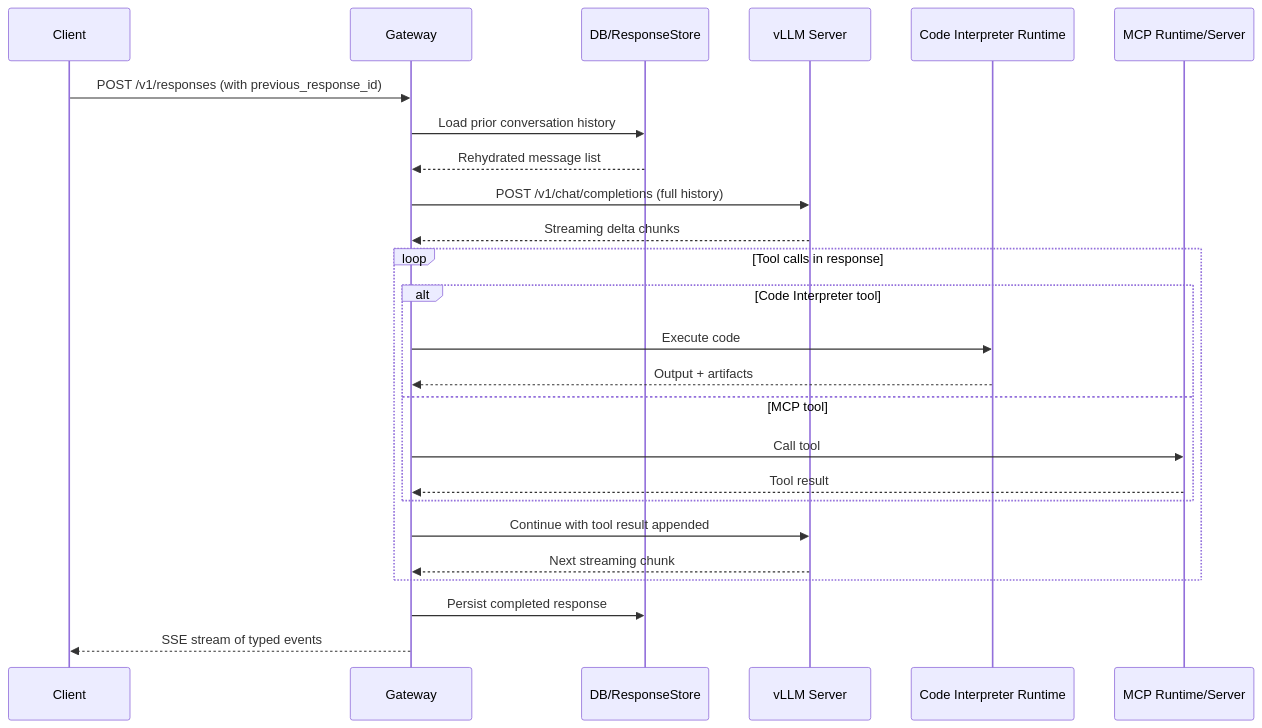
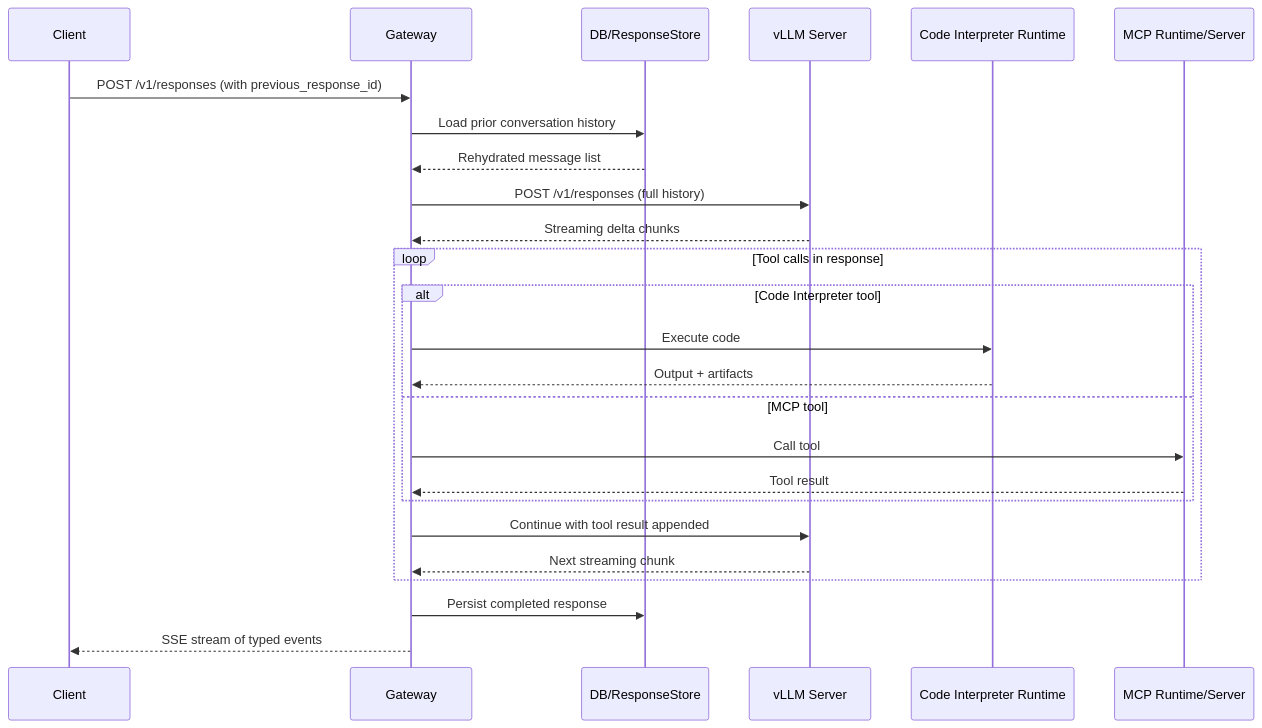
The diagram in MVP-RFCs/Generic_MVP_RFC/RFC_PATCHES/RFC-01_project_structure.md (EmbeddedLLM/vllm-responses), drawn with Mermaid before and after one commit. The commit also changed other lines of this file and 4 other files, not shown here.

````diff
--- a/MVP-RFCs/Generic_MVP_RFC/RFC_PATCHES/RFC-01_project_structure.md
+++ b/MVP-RFCs/Generic_MVP_RFC/RFC_PATCHES/RFC-01_project_structure.md
@@ -41,30 +41,30 @@
 ```mermaid
 sequenceDiagram
     participant Client
     participant Gateway
     participant DB/ResponseStore
     participant vLLM Server
     participant Code Interpreter Runtime
     participant MCP Runtime/Server
 
     Client->>Gateway: POST /v1/responses (with previous_response_id)
     Gateway->>DB/ResponseStore: Load prior conversation history
     DB/ResponseStore-->>Gateway: Rehydrated message list
-    Gateway->>vLLM Server: POST /v1/chat/completions (full history)
+    Gateway->>vLLM Server: POST /v1/responses (full history)
     vLLM Server-->>Gateway: Streaming delta chunks
 
     loop Tool calls in response
         alt Code Interpreter tool
             Gateway->>Code Interpreter Runtime: Execute code
             Code Interpreter Runtime-->>Gateway: Output + artifacts
         else MCP tool
             Gateway->>MCP Runtime/Server: Call tool
             MCP Runtime/Server-->>Gateway: Tool result
         end
         Gateway->>vLLM Server: Continue with tool result appended
         vLLM Server-->>Gateway: Next streaming chunk
     end
 
     Gateway->>DB/ResponseStore: Persist completed response
     Gateway-->>Client: SSE stream of typed events
 ```
````
